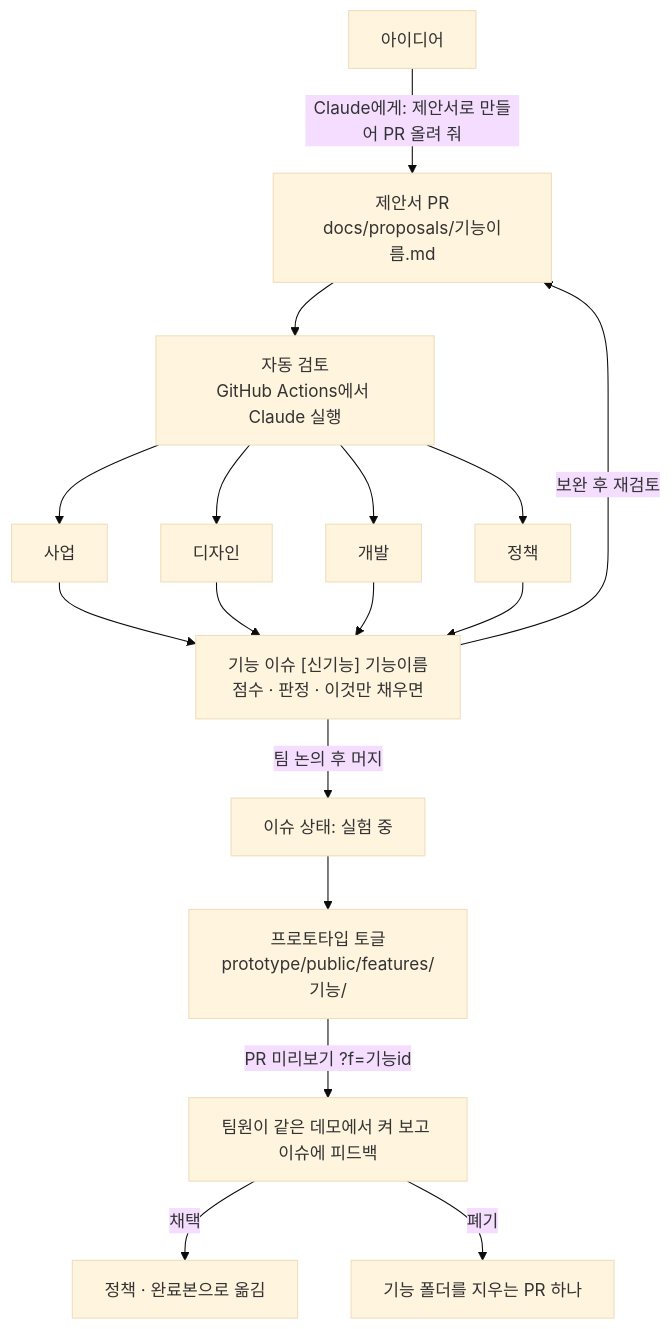
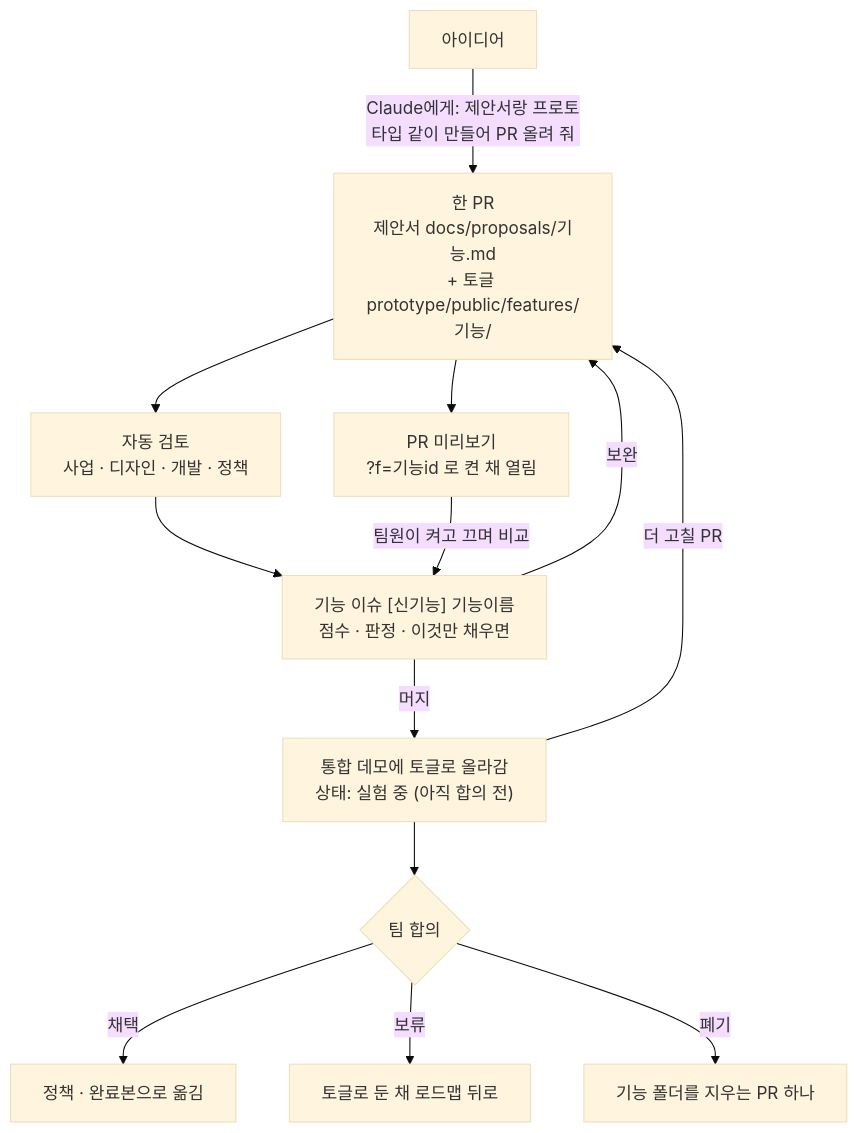
One commit to jincode93/DANGJANG changed the second of 2 diagrams in README.md. Above: the diagram before and after it, drawn with Mermaid (base theme). The commit also changed other lines of this file, not shown here.

Commit message:
README 신기능 흐름을 제안서와 토글 프로토타입을 한 PR로 함께 만드는 방식으로 고침

````diff
--- a/README.md
+++ b/README.md
@@ -93,13 +90,15 @@
 ```mermaid
 flowchart TD
-  A["아이디어"] -->|"Claude에게: 제안서로 만들어 PR 올려 줘"| B["제안서 PR<br>docs/proposals/기능이름.md"]
-  B --> C["자동 검토<br>GitHub Actions에서 Claude 실행"]
-  C --> D1["사업"] & D2["디자인"] & D3["개발"] & D4["정책"]
-  D1 & D2 & D3 & D4 --> E["기능 이슈 [신기능] 기능이름<br>점수 · 판정 · 이것만 채우면"]
-  E -->|보완 후 재검토| B
-  E -->|팀 논의 후 머지| F["이슈 상태: 실험 중"]
-  F --> G["프로토타입 토글<br>prototype/public/features/기능/"]
-  G -->|"PR 미리보기 ?f=기능id"| H["팀원이 같은 데모에서 켜 보고 이슈에 피드백"]
-  H -->|채택| I["정책 · 완료본으로 옮김"]
-  H -->|폐기| J["기능 폴더를 지우는 PR 하나"]
+  A["아이디어"] -->|"Claude에게: 제안서랑 프로토타입 같이 만들어 PR 올려 줘"| B["한 PR<br>제안서 docs/proposals/기능.md<br>+ 토글 prototype/public/features/기능/"]
+  B --> C["자동 검토<br>사업 · 디자인 · 개발 · 정책"]
+  B --> P["PR 미리보기<br>?f=기능id 로 켠 채 열림"]
+  C --> E["기능 이슈 [신기능] 기능이름<br>점수 · 판정 · 이것만 채우면"]
+  P -->|팀원이 켜고 끄며 비교| E
+  E -->|보완| B
+  E -->|머지| F["통합 데모에 토글로 올라감<br>상태: 실험 중 (아직 합의 전)"]
+  F -->|더 고칠 PR| B
+  F --> G{"팀 합의"}
+  G -->|채택| I["정책 · 완료본으로 옮김"]
+  G -->|보류| K["토글로 둔 채 로드맵 뒤로"]
+  G -->|폐기| J["기능 폴더를 지우는 PR 하나"]
 ```
````
